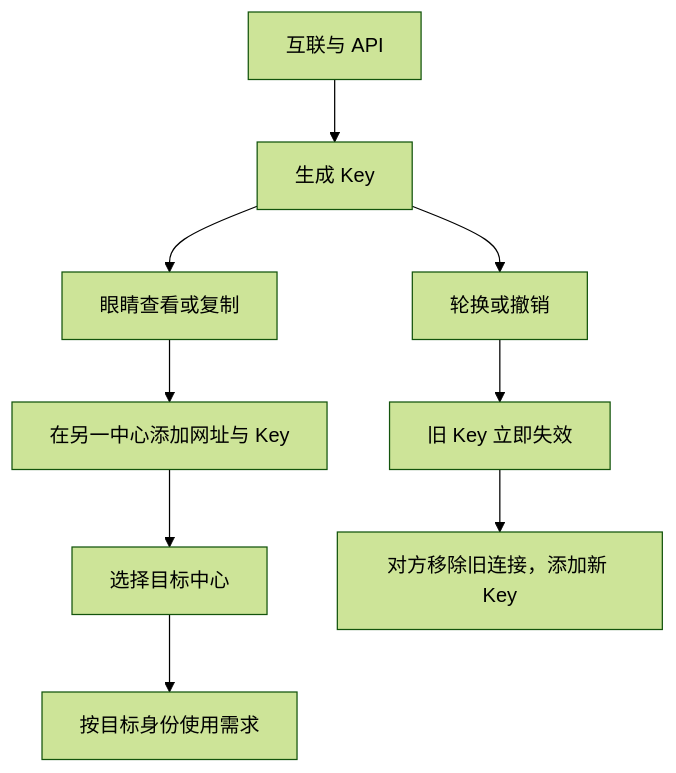
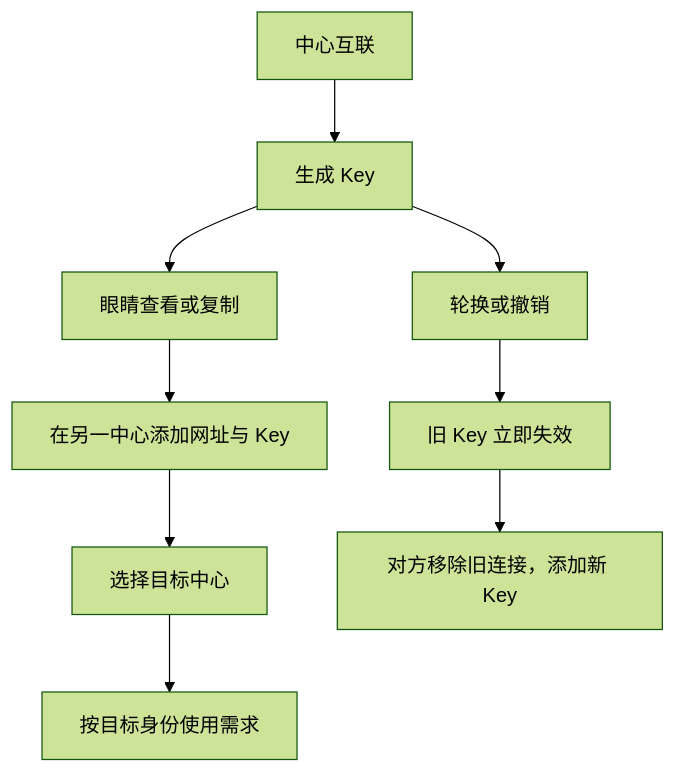
The ninth of 16 diagrams in web/requirements-guide.md (gwailee/swtool-requirements-center), drawn with Mermaid (forest theme) before and after one commit. The commit also changed other lines of this file and 10 other files, not shown here.

````diff
--- a/web/requirements-guide.md
+++ b/web/requirements-guide.md
@@ -151,11 +153,11 @@
 ```mermaid
 flowchart TD
-    A[互联与 API] --> B[生成 Key]
+    A[中心互联] --> B[生成 Key]
     B --> C[眼睛查看或复制]
     C --> D[在另一中心添加网址与 Key]
     D --> E[选择目标中心]
     E --> F[按目标身份使用需求]
     B --> G[轮换或撤销]
     G --> H[旧 Key 立即失效]
     H --> I[对方移除旧连接，添加新 Key]
 ```
````
